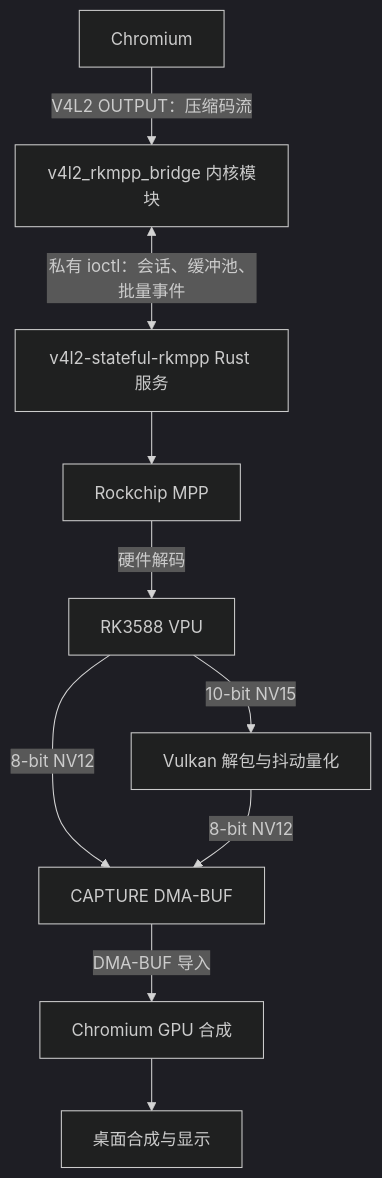
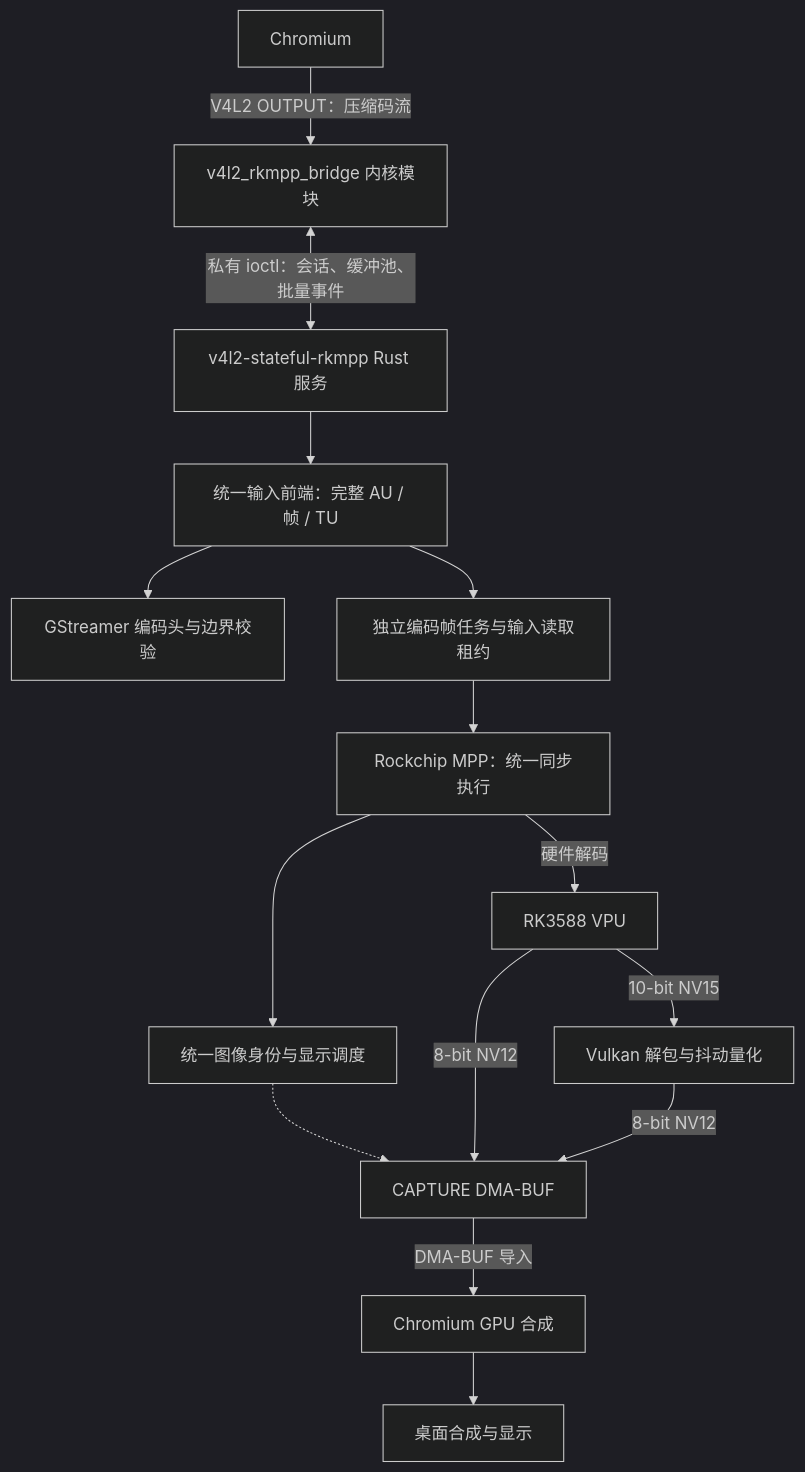
Before and after one commit to abadcafe/v4l2-stateful-rkmpp: the diagram in README.md, drawn with Mermaid (dark theme). The commit also changed other lines of this file and 214 other files, not shown here.

````diff
--- a/README.md
+++ b/README.md
@@ -13,12 +13,17 @@
 ```mermaid
 flowchart TD
     Chromium[Chromium] -->|V4L2 OUTPUT：压缩码流| Kernel[v4l2_rkmpp_bridge 内核模块]
     Kernel <-->|私有 ioctl：会话、缓冲池、批量事件| Service[v4l2-stateful-rkmpp Rust 服务]
-    Service --> MPP[Rockchip MPP]
+    Service --> Frontend[统一输入前端：完整 AU / 帧 / TU]
+    Frontend --> Headers[GStreamer 编码头与边界校验]
+    Frontend --> Tasks[独立编码帧任务与输入读取租约]
+    Tasks --> MPP[Rockchip MPP：统一同步执行]
+    MPP --> Presentation[统一图像身份与显示调度]
     MPP -->|硬件解码| VPU[RK3588 VPU]
+    Presentation -.-> Capture
     VPU -->|8-bit NV12| Capture[CAPTURE DMA-BUF]
     VPU -->|10-bit NV15| Vulkan[Vulkan 解包与抖动量化]
     Vulkan -->|8-bit NV12| Capture
     Capture -->|DMA-BUF 导入| GPU[Chromium GPU 合成]
     GPU --> Display[桌面合成与显示]
 ```
````
